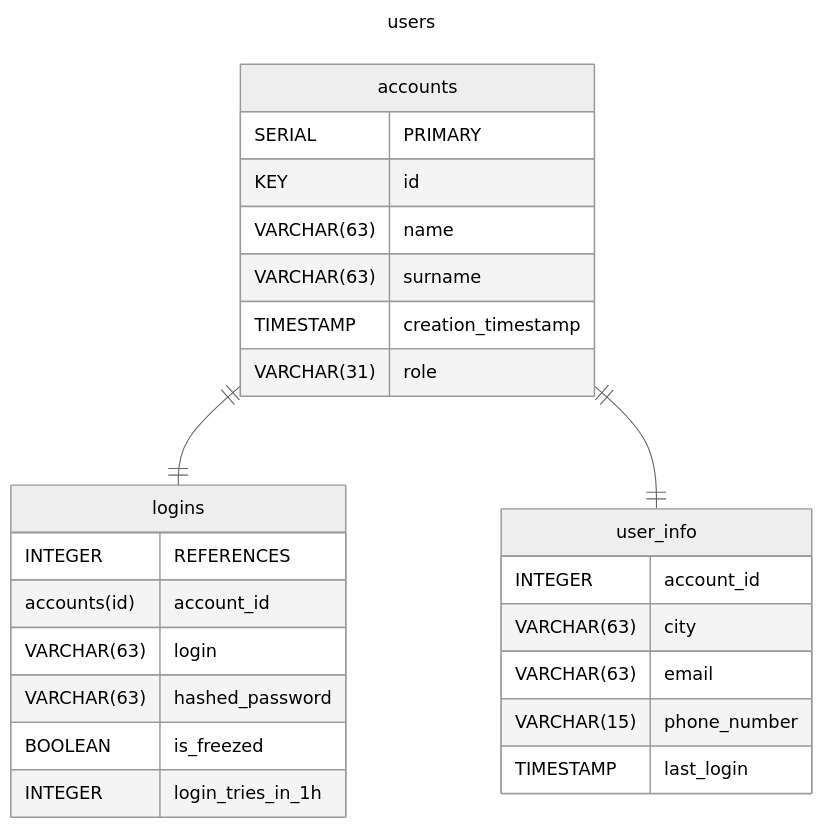
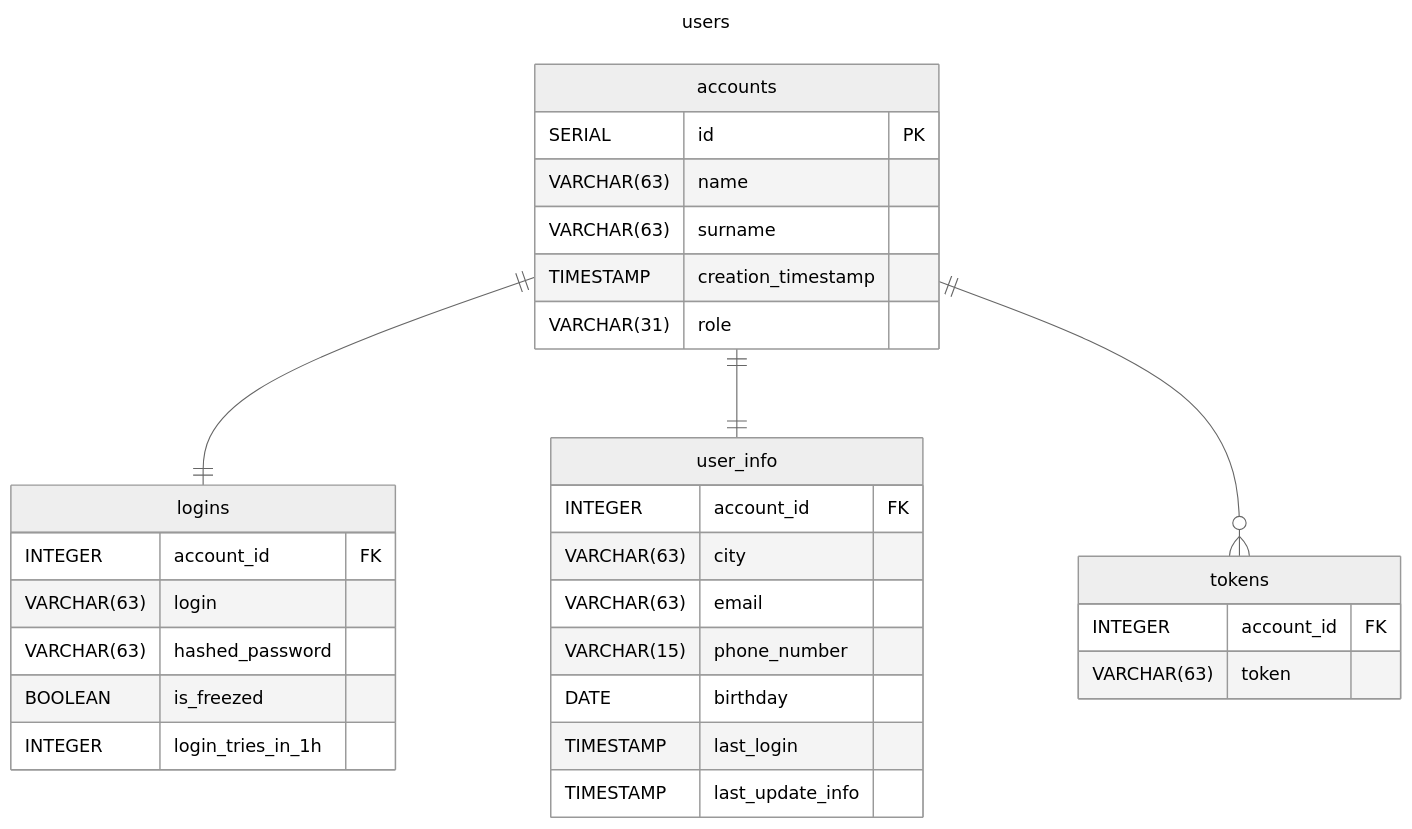
One commit to dffTu/hse_soa_course changed the diagram in docs/users.mermaid. Above: the diagram before and after it, drawn with Mermaid (neutral theme).

Commit message:
Update users docs

```diff
--- a/docs/users.mermaid
+++ b/docs/users.mermaid
@@ -1,28 +1,35 @@
 ---
 title: users
 ---
 erDiagram
     accounts {
-        SERIAL PRIMARY KEY id
+        SERIAL id PK
         VARCHAR(63) name
         VARCHAR(63) surname
         TIMESTAMP creation_timestamp
         VARCHAR(31) role
     }
     logins {
-        INTEGER REFERENCES accounts(id) account_id
+        INTEGER account_id FK
         VARCHAR(63) login
         VARCHAR(63) hashed_password
         BOOLEAN is_freezed
         INTEGER login_tries_in_1h
     }
     user_info {
-        INTEGER account_id
+        INTEGER account_id FK
         VARCHAR(63) city
         VARCHAR(63) email
         VARCHAR(15) phone_number
+        DATE birthday
         TIMESTAMP last_login
+        TIMESTAMP last_update_info
+    }
+    tokens {
+        INTEGER account_id FK
+        VARCHAR(63) token
     }
 
     accounts ||--|| logins : ""
     accounts ||--|| user_info : ""
+    accounts ||--o{ tokens : ""
```
